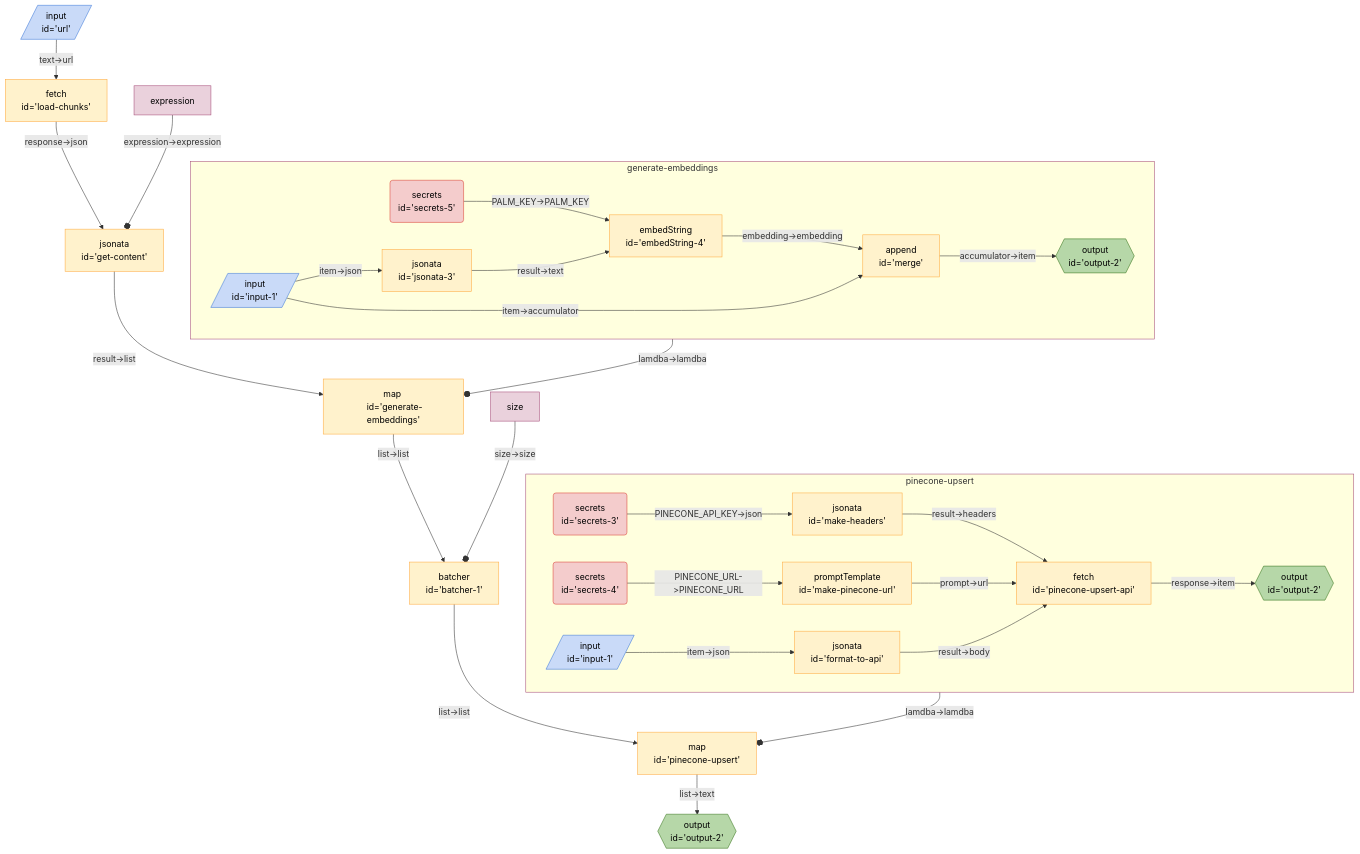
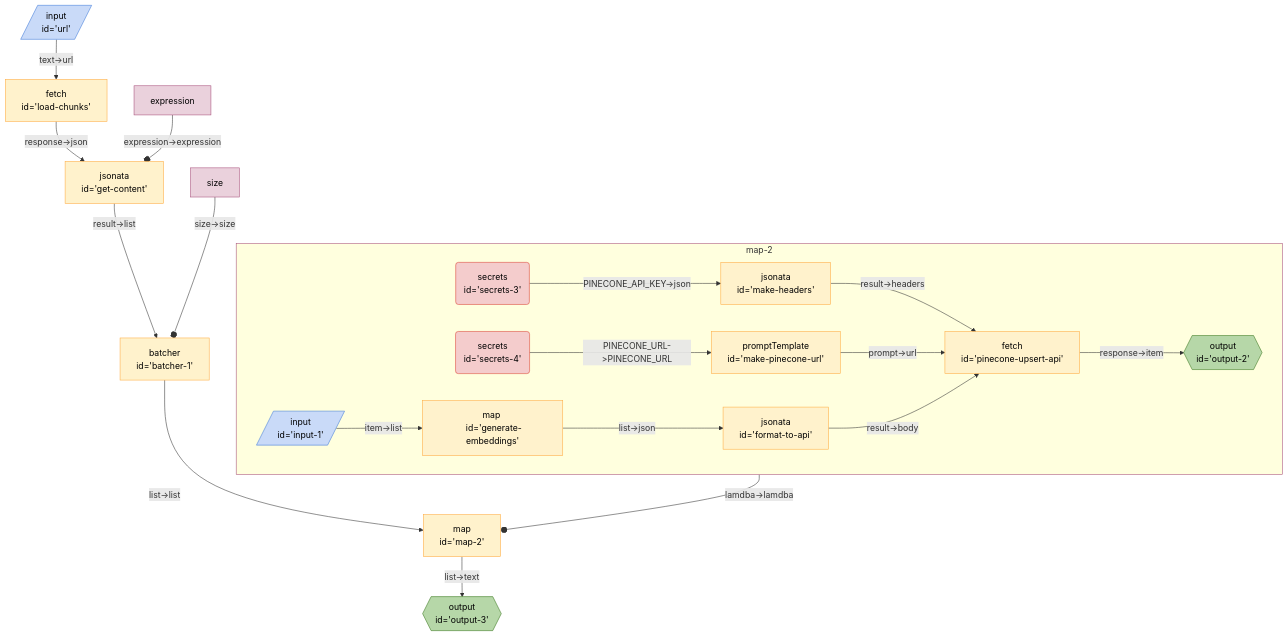
The diagram in seeds/graph-playground/docs/graphs/pinecone-load.md (breadboard-ai/breadboard), drawn with Mermaid before and after one commit. The commit also changed 3 other files, not shown here.

Commit message:
[graph-playground] Refactor `pinecone-load` to batch first, then embed.

````diff
--- a/seeds/graph-playground/docs/graphs/pinecone-load.md
+++ b/seeds/graph-playground/docs/graphs/pinecone-load.md
@@ -5,43 +5,32 @@
   ```mermaid
   %%{init: 'themeVariables': { 'fontFamily': 'Fira Code, monospace' }}%%
 graph TD;
-pineconeupsert["map <br> id='pinecone-upsert'"] -- "list->text" --> output2{{"output <br> id='output-2'"}}:::output
-subgraph pinecone-upsert
-pineconeupsert_secrets3("secrets <br> id='secrets-3'"):::secrets -- "PINECONE_API_KEY->json" --> pineconeupsert_makeheaders["jsonata <br> id='make-headers'"]
-pineconeupsert_makeheaders["jsonata <br> id='make-headers'"] -- "result->headers" --> pineconeupsert_pineconeupsertapi["fetch <br> id='pinecone-upsert-api'"]
-pineconeupsert_secrets4("secrets <br> id='secrets-4'"):::secrets -- "PINECONE_URL->PINECONE_URL" --> pineconeupsert_makepineconeurl["promptTemplate <br> id='make-pinecone-url'"]
-pineconeupsert_makepineconeurl["promptTemplate <br> id='make-pinecone-url'"] -- "prompt->url" --> pineconeupsert_pineconeupsertapi["fetch <br> id='pinecone-upsert-api'"]
-pineconeupsert_pineconeupsertapi["fetch <br> id='pinecone-upsert-api'"] -- "response->item" --> pineconeupsert_output2{{"output <br> id='output-2'"}}:::output
-pineconeupsert_formattoapi["jsonata <br> id='format-to-api'"] -- "result->body" --> pineconeupsert_pineconeupsertapi["fetch <br> id='pinecone-upsert-api'"]
-pineconeupsert_input1[/"input <br> id='input-1'"/]:::input -- "item->json" --> pineconeupsert_formattoapi["jsonata <br> id='format-to-api'"]
+map2["map <br> id='map-2'"] -- "list->text" --> output3{{"output <br> id='output-3'"}}:::output
+subgraph map-2
+map2_secrets3("secrets <br> id='secrets-3'"):::secrets -- "PINECONE_API_KEY->json" --> map2_makeheaders["jsonata <br> id='make-headers'"]
+map2_makeheaders["jsonata <br> id='make-headers'"] -- "result->headers" --> map2_pineconeupsertapi["fetch <br> id='pinecone-upsert-api'"]
+map2_secrets4("secrets <br> id='secrets-4'"):::secrets -- "PINECONE_URL->PINECONE_URL" --> map2_makepineconeurl["promptTemplate <br> id='make-pinecone-url'"]
+map2_makepineconeurl["promptTemplate <br> id='make-pinecone-url'"] -- "prompt->url" --> map2_pineconeupsertapi["fetch <br> id='pinecone-upsert-api'"]
+map2_pineconeupsertapi["fetch <br> id='pinecone-upsert-api'"] -- "response->item" --> map2_output2{{"output <br> id='output-2'"}}:::output
+map2_formattoapi["jsonata <br> id='format-to-api'"] -- "result->body" --> map2_pineconeupsertapi["fetch <br> id='pinecone-upsert-api'"]
+map2_generateembeddings["map <br> id='generate-embeddings'"] -- "list->json" --> map2_formattoapi["jsonata <br> id='format-to-api'"]
+map2_input1[/"input <br> id='input-1'"/]:::input -- "item->list" --> map2_generateembeddings["map <br> id='generate-embeddings'"]
 end
-pinecone-upsert:::slotted -- "lamdba->lamdba" --o pineconeupsert
+map-2:::slotted -- "lamdba->lamdba" --o map2
 
-batcher1["batcher <br> id='batcher-1'"] -- "list->list" --> pineconeupsert["map <br> id='pinecone-upsert'"]
-generateembeddings["map <br> id='generate-embeddings'"] -- "list->list" --> batcher1["batcher <br> id='batcher-1'"]
-subgraph generate-embeddings
-generateembeddings_embedString4["embedString <br> id='embedString-4'"] -- "embedding->embedding" --> generateembeddings_merge["append <br> id='merge'"]
-generateembeddings_secrets5("secrets <br> id='secrets-5'"):::secrets -- "PALM_KEY->PALM_KEY" --> generateembeddings_embedString4["embedString <br> id='embedString-4'"]
-generateembeddings_jsonata3["jsonata <br> id='jsonata-3'"] -- "result->text" --> generateembeddings_embedString4["embedString <br> id='embedString-4'"]
-generateembeddings_input1[/"input <br> id='input-1'"/]:::input -- "item->json" --> generateembeddings_jsonata3["jsonata <br> id='jsonata-3'"]
-generateembeddings_merge["append <br> id='merge'"] -- "accumulator->item" --> generateembeddings_output2{{"output <br> id='output-2'"}}:::output
-generateembeddings_input1[/"input <br> id='input-1'"/]:::input -- "item->accumulator" --> generateembeddings_merge["append <br> id='merge'"]
-end
-generate-embeddings:::slotted -- "lamdba->lamdba" --o generateembeddings
-
-getcontent["jsonata <br> id='get-content'"] -- "result->list" --> generateembeddings["map <br> id='generate-embeddings'"]
+batcher1["batcher <br> id='batcher-1'"] -- "list->list" --> map2["map <br> id='map-2'"]
+getcontent["jsonata <br> id='get-content'"] -- "result->list" --> batcher1["batcher <br> id='batcher-1'"]
 loadchunks["fetch <br> id='load-chunks'"] -- "response->json" --> getcontent["jsonata <br> id='get-content'"]
 url[/"input <br> id='url'"/]:::input -- "text->url" --> loadchunks["fetch <br> id='load-chunks'"]
 expressiongetcontent[expression]:::config -- "expression->expression" --o getcontent
-
 sizebatcher1[size]:::config -- "size->size" --o batcher1
 
 classDef default stroke:#ffab40,fill:#fff2ccff,color:#000
 classDef input stroke:#3c78d8,fill:#c9daf8ff,color:#000
 classDef output stroke:#38761d,fill:#b6d7a8ff,color:#000
 classDef passthrough stroke:#a64d79,fill:#ead1dcff,color:#000
 classDef slot stroke:#a64d79,fill:#ead1dcff,color:#000
 classDef config stroke:#a64d79,fill:#ead1dcff,color:#000
 classDef secrets stroke:#db4437,fill:#f4cccc,color:#000
 classDef slotted stroke:#a64d79
   ```
````
